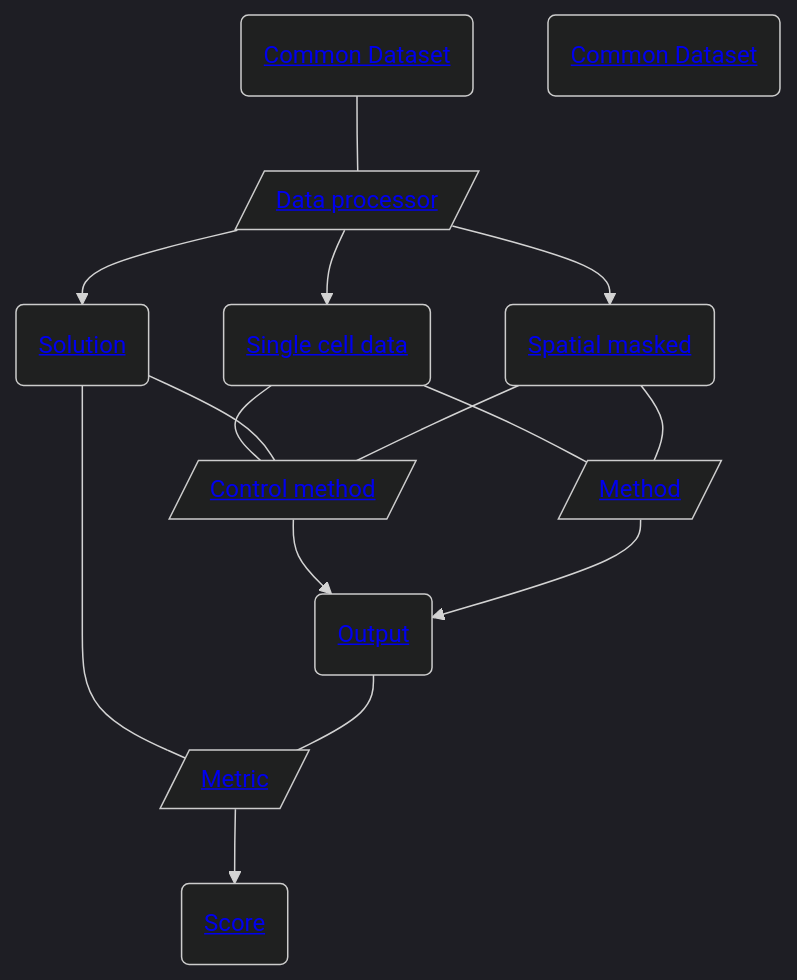
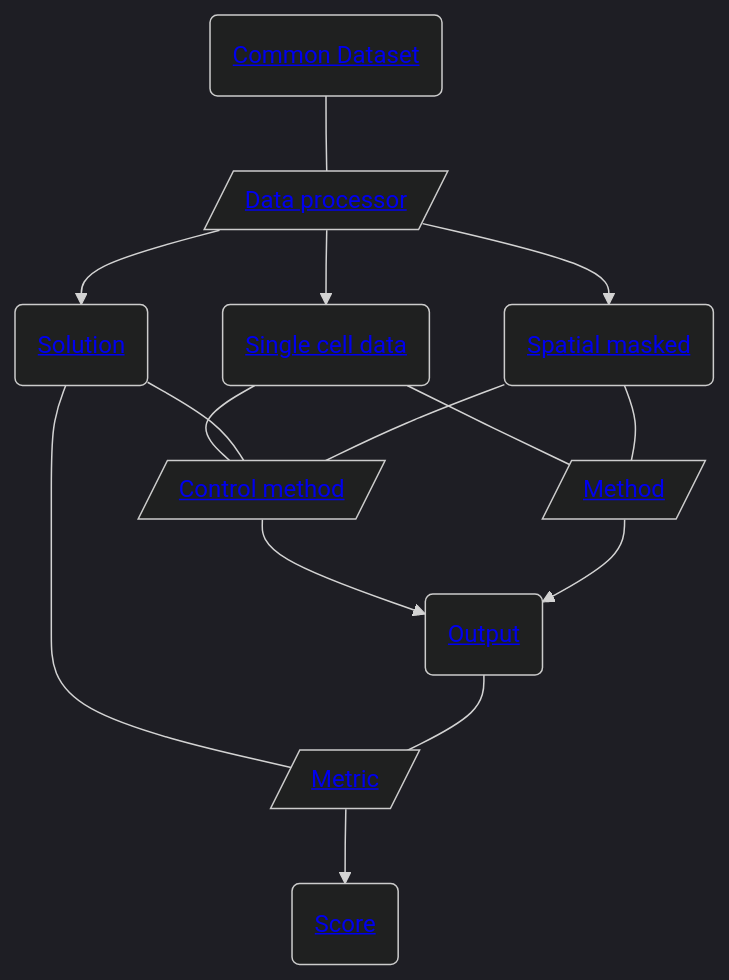
One commit to openproblems-bio/task_spatial_decomposition changed the diagram in README.md. Above: the diagram before and after it, drawn with Mermaid (dark theme). The commit also changed other lines of this file and 1 other file, not shown here.

````diff
--- a/README.md
+++ b/README.md
@@ -58,28 +58,27 @@
 ``` mermaid
 flowchart TB
   file_common_dataset("<a href='https://github.com/openproblems-bio/task_spatial_decomposition#file-format-common-dataset'>Common Dataset</a>")
   comp_process_dataset[/"<a href='https://github.com/openproblems-bio/task_spatial_decomposition#component-type-data-processor'>Data processor</a>"/]
   file_single_cell("<a href='https://github.com/openproblems-bio/task_spatial_decomposition#file-format-single-cell-data'>Single cell data</a>")
   file_solution("<a href='https://github.com/openproblems-bio/task_spatial_decomposition#file-format-solution'>Solution</a>")
   file_spatial_masked("<a href='https://github.com/openproblems-bio/task_spatial_decomposition#file-format-spatial-masked'>Spatial masked</a>")
   comp_control_method[/"<a href='https://github.com/openproblems-bio/task_spatial_decomposition#component-type-control-method'>Control method</a>"/]
   comp_method[/"<a href='https://github.com/openproblems-bio/task_spatial_decomposition#component-type-method'>Method</a>"/]
   comp_metric[/"<a href='https://github.com/openproblems-bio/task_spatial_decomposition#component-type-metric'>Metric</a>"/]
   file_output("<a href='https://github.com/openproblems-bio/task_spatial_decomposition#file-format-output'>Output</a>")
   file_score("<a href='https://github.com/openproblems-bio/task_spatial_decomposition#file-format-score'>Score</a>")
-  file_simulated_dataset("<a href='https://github.com/openproblems-bio/task_spatial_decomposition#file-format-common-dataset'>Common Dataset</a>")
   file_common_dataset---comp_process_dataset
   comp_process_dataset-->file_single_cell
   comp_process_dataset-->file_solution
   comp_process_dataset-->file_spatial_masked
   file_single_cell---comp_control_method
   file_single_cell---comp_method
   file_solution---comp_control_method
   file_solution---comp_metric
   file_spatial_masked---comp_control_method
   file_spatial_masked---comp_method
   comp_control_method-->file_output
   comp_method-->file_output
   comp_metric-->file_score
   file_output---comp_metric
 ```
````
